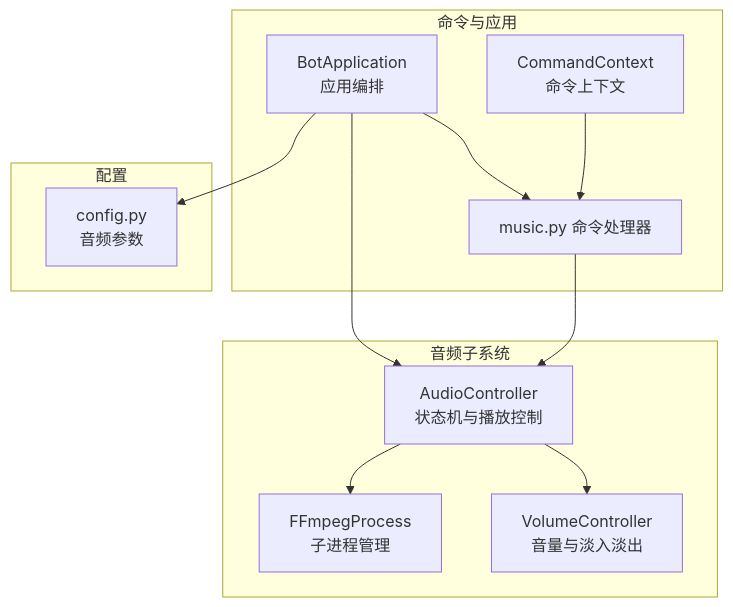
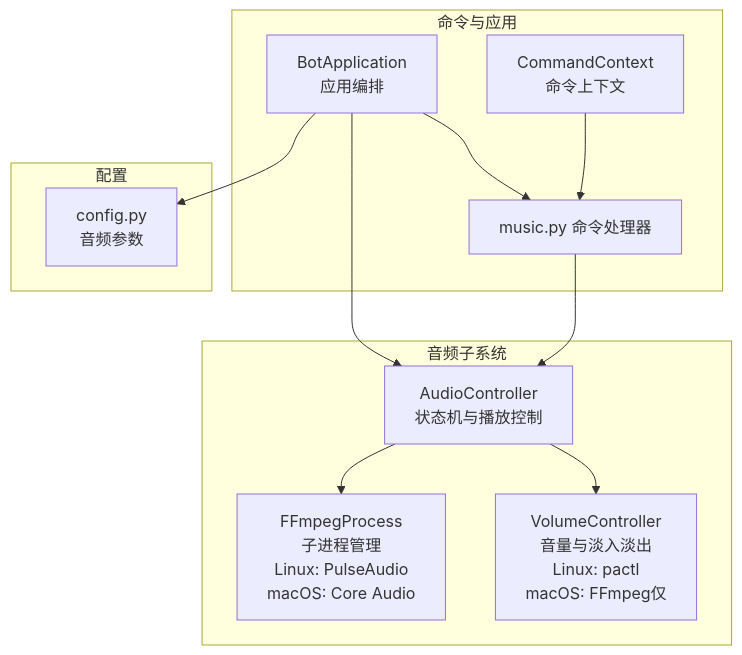
The first of 8 diagrams in .qoder/repowiki/zh/content/音乐播放系统/音频控制器.md (GhoulOwl/Teamspeak3_Bot), drawn with Mermaid before and after one commit. The commit also changed other lines of this file and 7 other files, not shown here.

````diff
--- a/.qoder/repowiki/zh/content/音乐播放系统/音频控制器.md
+++ b/.qoder/repowiki/zh/content/音乐播放系统/音频控制器.md
@@ -37,23 +46,23 @@
 ```mermaid
 graph TB
 subgraph "音频子系统"
 AC["AudioController<br/>状态机与播放控制"]
-FFM["FFmpegProcess<br/>子进程管理"]
-VOL["VolumeController<br/>音量与淡入淡出"]
+FFM["FFmpegProcess<br/>子进程管理<br/>Linux: PulseAudio<br/>macOS: Core Audio"]
+VOL["VolumeController<br/>音量与淡入淡出<br/>Linux: pactl<br/>macOS: FFmpeg仅"]
 end
 subgraph "命令与应用"
 APP["BotApplication<br/>应用编排"]
 CMD["music.py 命令处理器"]
 CTX["CommandContext<br/>命令上下文"]
 end
 subgraph "配置"
 CFG["config.py<br/>音频参数"]
 end
 AC --> FFM
 AC --> VOL
 APP --> AC
 APP --> CMD
 CMD --> AC
 CTX --> CMD
 APP --> CFG
 ```
````
